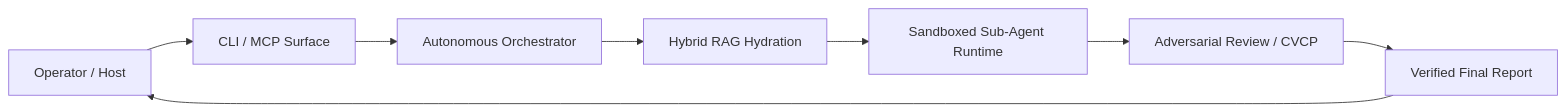
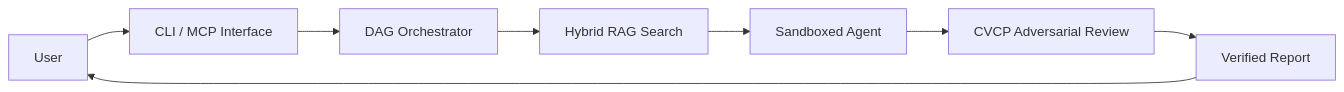
One commit to MattCreigh/beagle changed the diagram in README.md. Above: the diagram before and after it, drawn with Mermaid. The commit also changed other lines of this file and 2 other files, not shown here.

First line of the commit message:
docs(readme): reconstructed user-facing README (concepts table, plain-English glossary)

````diff
--- a/README.md
+++ b/README.md
@@ -184,10 +195,10 @@
 ```mermaid
 flowchart LR
-    User[Operator / Host] --> CLI[CLI / MCP Surface]
-    CLI --> Orchestrator[Autonomous Orchestrator]
-    Orchestrator --> RAG[Hybrid RAG Hydration]
-    RAG --> Sandbox[Sandboxed Sub-Agent Runtime]
-    Sandbox --> Review[Adversarial Review / CVCP]
-    Review --> Result[Verified Final Report]
+    User[User] --> CLI[CLI / MCP Interface]
+    CLI --> Engine[DAG Orchestrator]
+    Engine --> Search[Hybrid RAG Search]
+    Search --> Sandbox[Sandboxed Agent]
+    Sandbox --> Review[CVCP Adversarial Review]
+    Review --> Result[Verified Report]
     Result --> User
 ```
````
